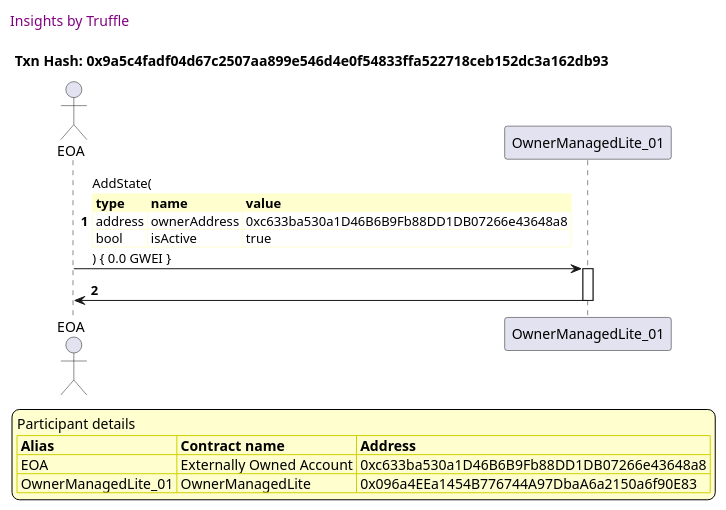
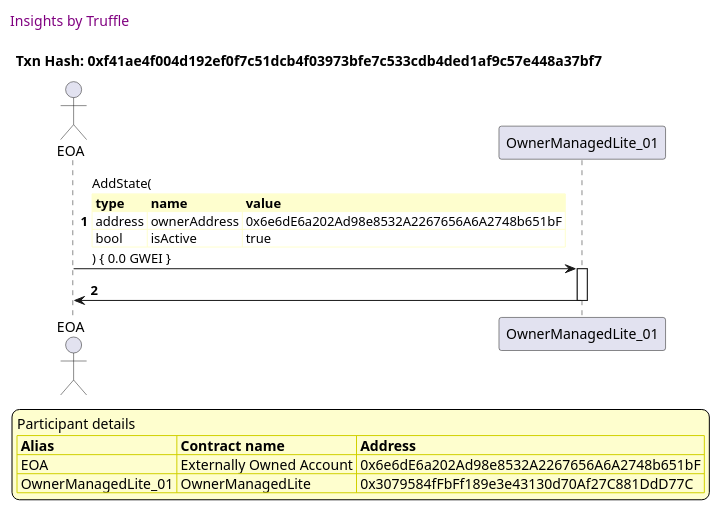
Before and after one commit to thedarkjester/ConsensysAssignment: the second of 26 diagrams in truffle-seq/OwnerManagedLite_test_add_owner.md, drawn with PlantUML. The commit also changed other lines of this file and 13 other files, not shown here.

````diff
--- a/truffle-seq/OwnerManagedLite_test_add_owner.md
+++ b/truffle-seq/OwnerManagedLite_test_add_owner.md
@@ -56,41 +56,41 @@
 ```plantuml
 
 
 @startuml
 
 autonumber
 skinparam legendBackgroundColor #FEFECE
 
 <style>
       header {
         HorizontalAlignment left
         FontColor purple
         FontSize 14
         Padding 10
       }
     </style>
 
 header Insights by Truffle
 
-title Txn Hash: 0x9a5c4fadf04d67c2507aa899e546d4e0f54833ffa522718ceb152dc3a162db93
+title Txn Hash: 0xf41ae4f004d192ef0f7c51dcb4f03973bfe7c533cdb4ded1af9c57e448a37bf7
 
 
 actor EOA as "EOA"
 participant OwnerManagedLite_01 as "OwnerManagedLite_01"
 
 "EOA" -> "OwnerManagedLite_01" ++: AddState(\n\
 <#FEFECE,#FEFECE>|= type |= name |= value |\n\
-| address | ownerAddress | 0xc633ba530a1D46B6B9Fb88DD1DB07266e43648a8 |\n\
+| address | ownerAddress | 0x6e6dE6a202Ad98e8532A2267656A6A2748b651bF |\n\
 | bool | isActive | true |\n\
 ) { 0.0 GWEI }
 "OwnerManagedLite_01" -> "EOA" --: 
 
 legend
 Participant details
 <#FEFECE,#D0D000>|= Alias |= Contract name |= Address |
-<#FEFECE>| EOA | Externally Owned Account | 0xc633ba530a1D46B6B9Fb88DD1DB07266e43648a8 |
-<#FEFECE>| OwnerManagedLite_01 | OwnerManagedLite | 0x096a4EEa1454B776744A97DbaA6a2150a6f90E83 |
+<#FEFECE>| EOA | Externally Owned Account | 0x6e6dE6a202Ad98e8532A2267656A6A2748b651bF |
+<#FEFECE>| OwnerManagedLite_01 | OwnerManagedLite | 0x3079584fFbFf189e3e43130d70Af27C881DdD77C |
 endlegend
 
 @enduml
 ```
````
